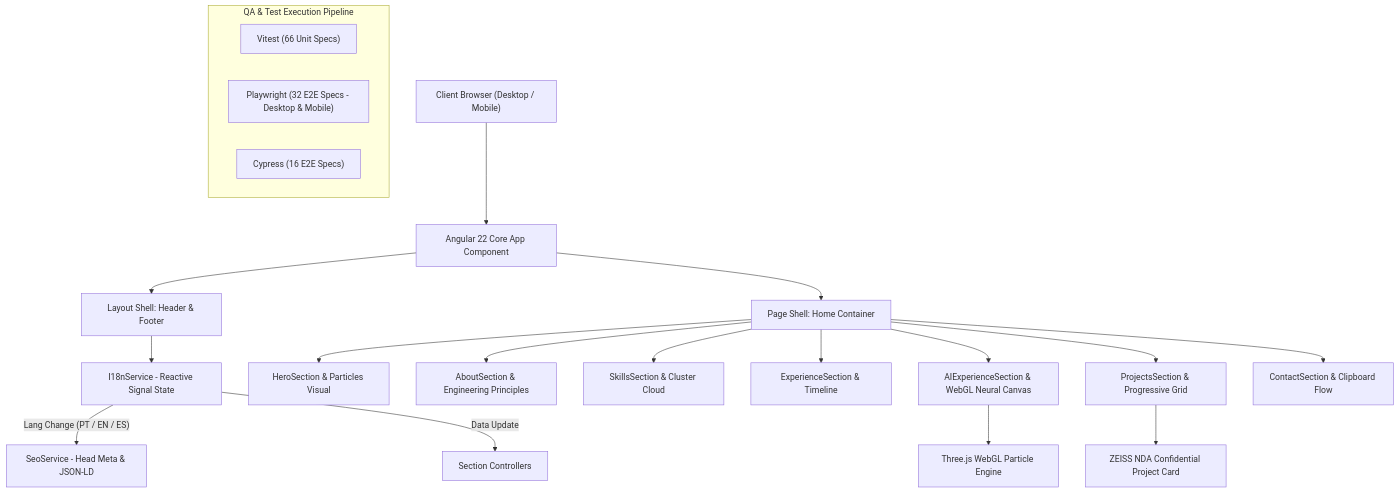
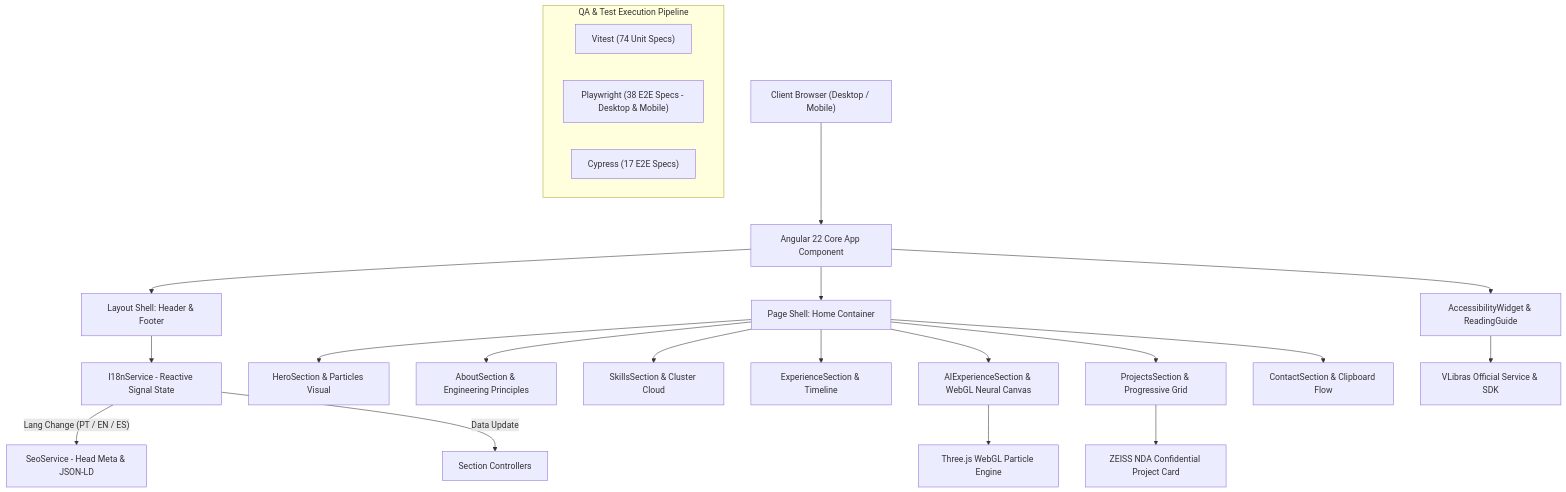
The first of 2 diagrams in README.md (DevYuriVieira/portfolio), drawn with Mermaid before and after one commit. The commit also changed other lines of this file, not shown here.

Commit message:
docs: update README with universal accessibility system, VLibras and test metrics

````diff
--- a/README.md
+++ b/README.md
@@ -117,28 +130,30 @@
 ```mermaid
 flowchart TD
     A["Client Browser (Desktop / Mobile)"] --> B["Angular 22 Core App Component"]
     
     B --> C["Layout Shell: Header & Footer"]
     B --> D["Page Shell: Home Container"]
     
     C --> E["I18nService - Reactive Signal State"]
     E -- "Lang Change (PT / EN / ES)" --> F["SeoService - Head Meta & JSON-LD"]
     E -- "Data Update" --> G["Section Controllers"]
     
     D --> H1["HeroSection & Particles Visual"]
     D --> H2["AboutSection & Engineering Principles"]
     D --> H3["SkillsSection & Cluster Cloud"]
     D --> H4["ExperienceSection & Timeline"]
     D --> H5["AIExperienceSection & WebGL Neural Canvas"]
     D --> H6["ProjectsSection & Progressive Grid"]
     D --> H7["ContactSection & Clipboard Flow"]
     
     H5 --> I["Three.js WebGL Particle Engine"]
     H6 --> J["ZEISS NDA Confidential Project Card"]
+    B --> A11y["AccessibilityWidget & ReadingGuide"]
+    A11y --> VLibras["VLibras Official Service & SDK"]
     
     subgraph "QA & Test Execution Pipeline"
-        K1["Vitest (66 Unit Specs)"]
-        K2["Playwright (32 E2E Specs - Desktop & Mobile)"]
-        K3["Cypress (16 E2E Specs)"]
+        K1["Vitest (74 Unit Specs)"]
+        K2["Playwright (38 E2E Specs - Desktop & Mobile)"]
+        K3["Cypress (17 E2E Specs)"]
     end
 ```
````
